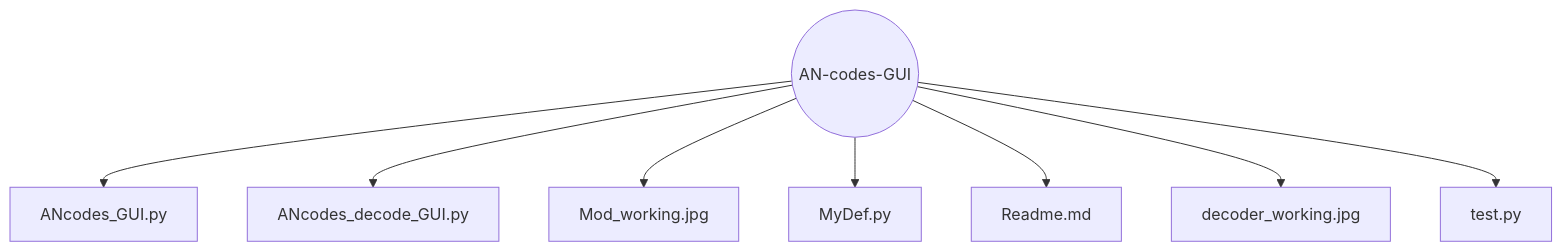
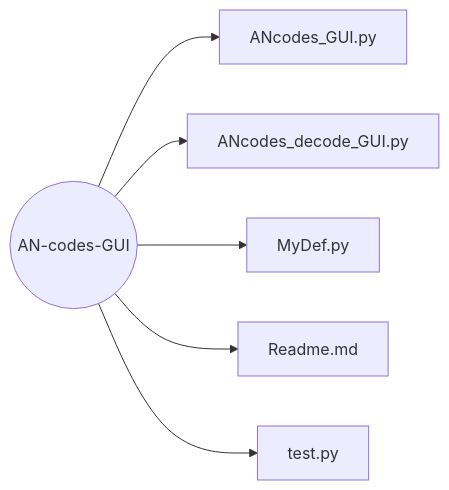
Before and after one commit to Wilhelmine21/Wilhelmine21: the eighth of 10 diagrams in README.md, drawn with Mermaid.

````diff
--- a/README.md
+++ b/README.md
@@ -111,10 +111,8 @@
 ```mermaid
-graph TD;
+graph LR;
 AN-codes-GUI((AN-codes-GUI)) --> ANcodes_GUI.py
 AN-codes-GUI --> ANcodes_decode_GUI.py
-AN-codes-GUI --> Mod_working.jpg
 AN-codes-GUI --> MyDef.py
 AN-codes-GUI --> Readme.md
-AN-codes-GUI --> decoder_working.jpg
 AN-codes-GUI --> test.py
 ```
````
